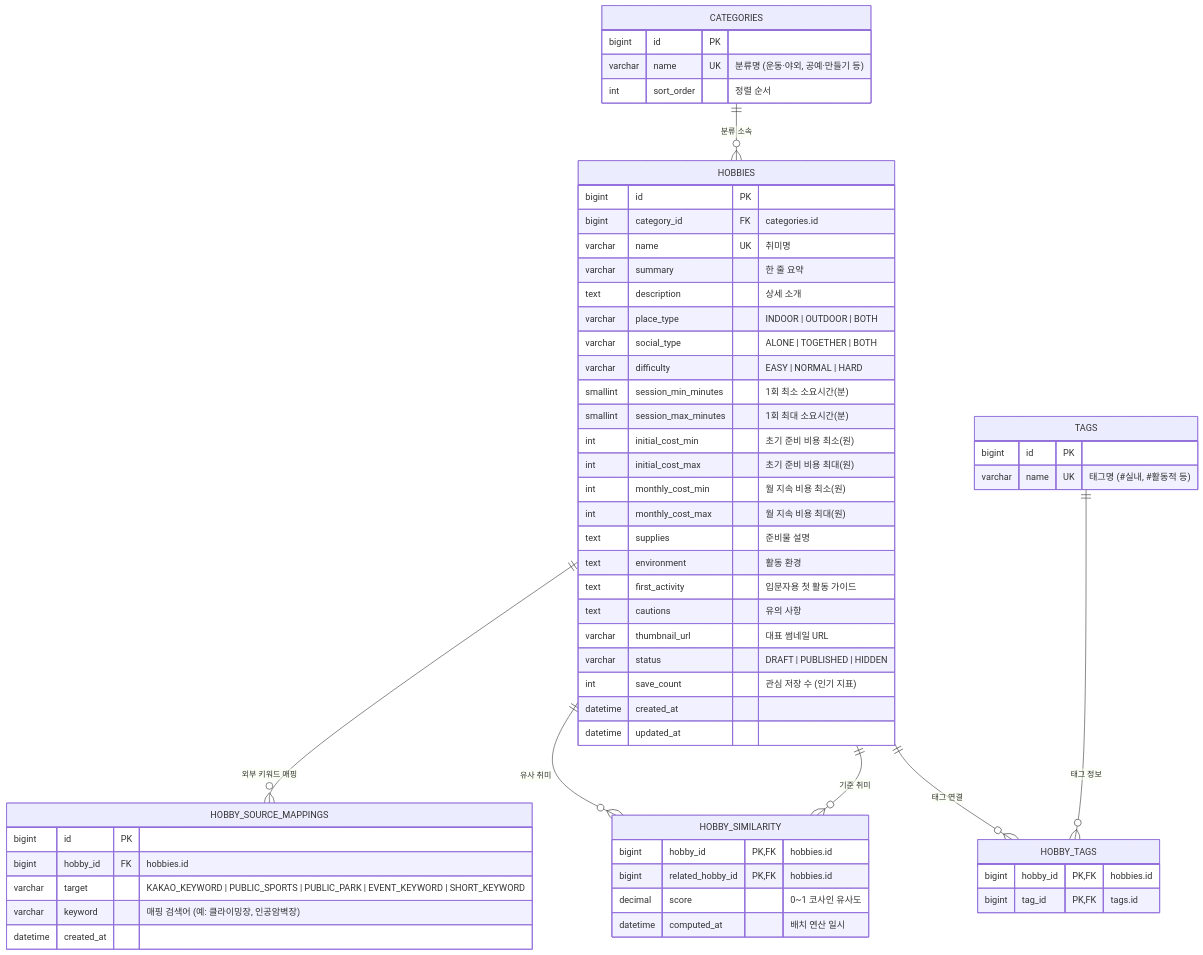
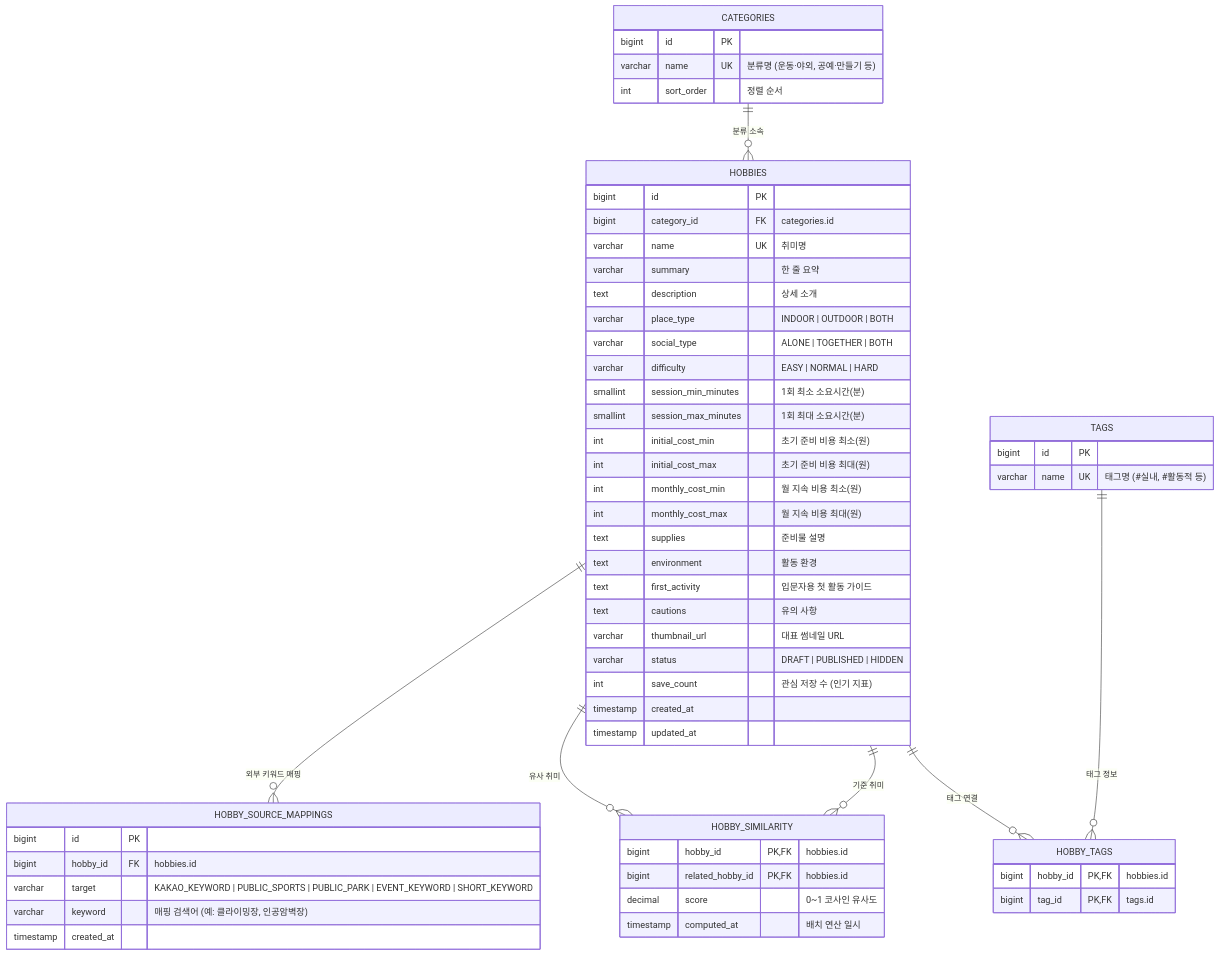
Before and after one commit to MinBeom2/NyamNyamHobby: the third of 8 diagrams in repo/docs/db/ERD.md, drawn with Mermaid. The commit also changed other lines of this file and 7 other files, not shown here.

````diff
--- a/repo/docs/db/ERD.md
+++ b/repo/docs/db/ERD.md
@@ -146,66 +147,66 @@
 ```mermaid
 erDiagram
     CATEGORIES ||--o{ HOBBIES : "분류 소속"
     HOBBIES ||--o{ HOBBY_TAGS : "태그 연결"
     TAGS ||--o{ HOBBY_TAGS : "태그 정보"
     HOBBIES ||--o{ HOBBY_SIMILARITY : "기준 취미"
     HOBBIES ||--o{ HOBBY_SIMILARITY : "유사 취미"
     HOBBIES ||--o{ HOBBY_SOURCE_MAPPINGS : "외부 키워드 매핑"
 
     CATEGORIES {
         bigint id PK
         varchar name UK "분류명 (운동·야외, 공예·만들기 등)"
         int sort_order "정렬 순서"
     }
 
     HOBBIES {
         bigint id PK
         bigint category_id FK "categories.id"
         varchar name UK "취미명"
         varchar summary "한 줄 요약"
         text description "상세 소개"
         varchar place_type "INDOOR | OUTDOOR | BOTH"
         varchar social_type "ALONE | TOGETHER | BOTH"
         varchar difficulty "EASY | NORMAL | HARD"
         smallint session_min_minutes "1회 최소 소요시간(분)"
         smallint session_max_minutes "1회 최대 소요시간(분)"
         int initial_cost_min "초기 준비 비용 최소(원)"
         int initial_cost_max "초기 준비 비용 최대(원)"
         int monthly_cost_min "월 지속 비용 최소(원)"
         int monthly_cost_max "월 지속 비용 최대(원)"
         text supplies "준비물 설명"
         text environment "활동 환경"
         text first_activity "입문자용 첫 활동 가이드"
         text cautions "유의 사항"
         varchar thumbnail_url "대표 썸네일 URL"
         varchar status "DRAFT | PUBLISHED | HIDDEN"
         int save_count "관심 저장 수 (인기 지표)"
-        datetime created_at
-        datetime updated_at
+        timestamp created_at
+        timestamp updated_at
     }
 
     TAGS {
         bigint id PK
         varchar name UK "태그명 (#실내, #활동적 등)"
     }
 
     HOBBY_TAGS {
         bigint hobby_id PK, FK "hobbies.id"
         bigint tag_id PK, FK "tags.id"
     }
 
     HOBBY_SIMILARITY {
         bigint hobby_id PK, FK "hobbies.id"
         bigint related_hobby_id PK, FK "hobbies.id"
         decimal score "0~1 코사인 유사도"
-        datetime computed_at "배치 연산 일시"
+        timestamp computed_at "배치 연산 일시"
     }
 
     HOBBY_SOURCE_MAPPINGS {
         bigint id PK
         bigint hobby_id FK "hobbies.id"
         varchar target "KAKAO_KEYWORD | PUBLIC_SPORTS | PUBLIC_PARK | EVENT_KEYWORD | SHORT_KEYWORD"
         varchar keyword "매핑 검색어 (예: 클라이밍장, 인공암벽장)"
-        datetime created_at
+        timestamp created_at
     }
 ```
````
